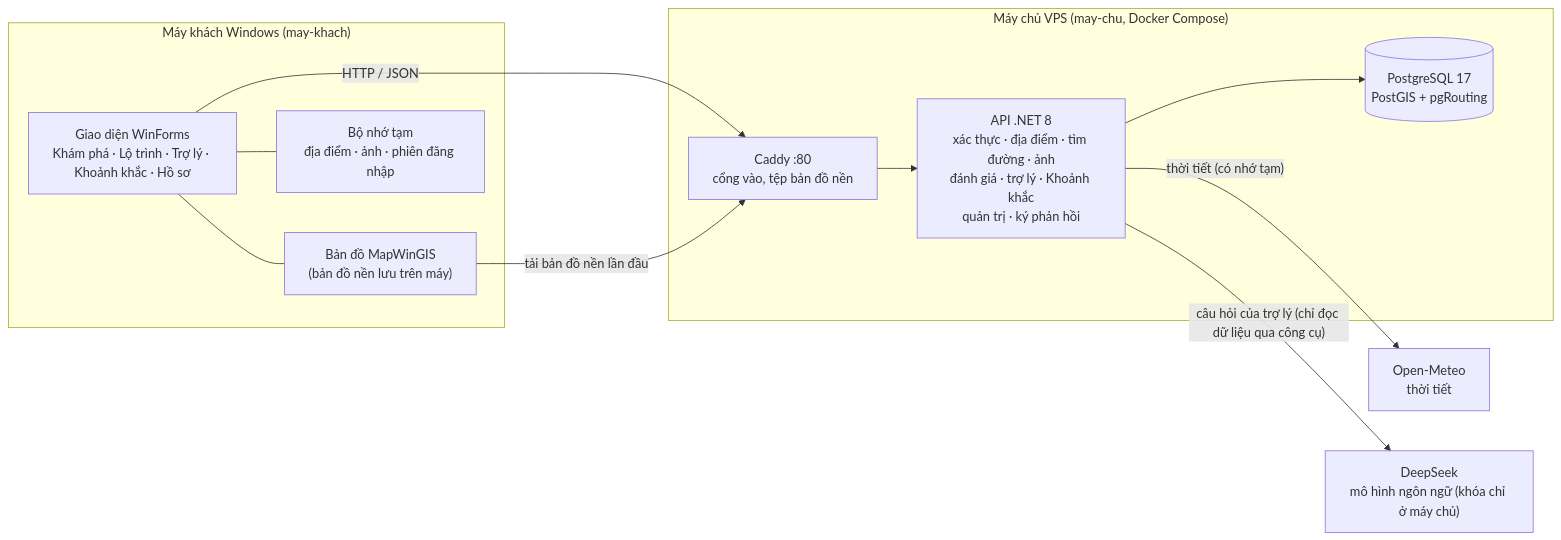
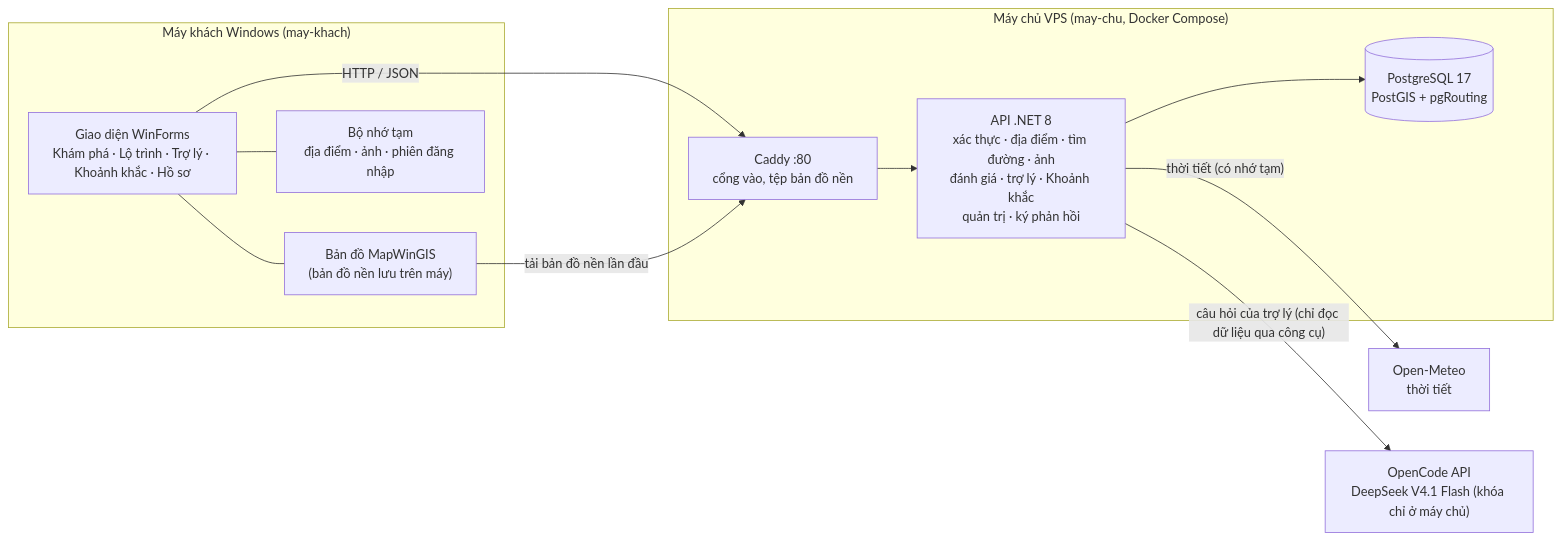
The first of 6 diagrams in tai-lieu/so-do.md (cuong-bo/HQT_CSDL), drawn with Mermaid before and after one commit. The commit also changed 5 other files, not shown here.

First line of the commit message:
Trợ lý chuyển sang DeepSeek V4.1 Flash qua OpenCode API

````diff
--- a/tai-lieu/so-do.md
+++ b/tai-lieu/so-do.md
@@ -17,25 +17,25 @@
 ```mermaid
 flowchart LR
     subgraph KH["Máy khách Windows (may-khach)"]
         UI["Giao diện WinForms<br/>Khám phá · Lộ trình · Trợ lý · Khoảnh khắc · Hồ sơ"]
         MAP["Bản đồ MapWinGIS<br/>(bản đồ nền lưu trên máy)"]
         CACHE["Bộ nhớ tạm<br/>địa điểm · ảnh · phiên đăng nhập"]
         UI --- MAP
         UI --- CACHE
     end
 
     subgraph MC["Máy chủ VPS (may-chu, Docker Compose)"]
         CADDY["Caddy :80<br/>cổng vào, tệp bản đồ nền"]
         API["API .NET 8<br/>xác thực · địa điểm · tìm đường · ảnh<br/>đánh giá · trợ lý · Khoảnh khắc<br/>quản trị · ký phản hồi"]
         DB[("PostgreSQL 17<br/>PostGIS + pgRouting")]
         CADDY --> API --> DB
     end
 
     METEO["Open-Meteo<br/>thời tiết"]
-    DEEPSEEK["DeepSeek<br/>mô hình ngôn ngữ (khóa chỉ ở máy chủ)"]
+    DEEPSEEK["OpenCode API<br/>DeepSeek V4.1 Flash (khóa chỉ ở máy chủ)"]
 
     UI -- "HTTP / JSON" --> CADDY
     MAP -- "tải bản đồ nền lần đầu" --> CADDY
     API -- "thời tiết (có nhớ tạm)" --> METEO
     API -- "câu hỏi của trợ lý (chỉ đọc dữ liệu qua công cụ)" --> DEEPSEEK
 ```
````
